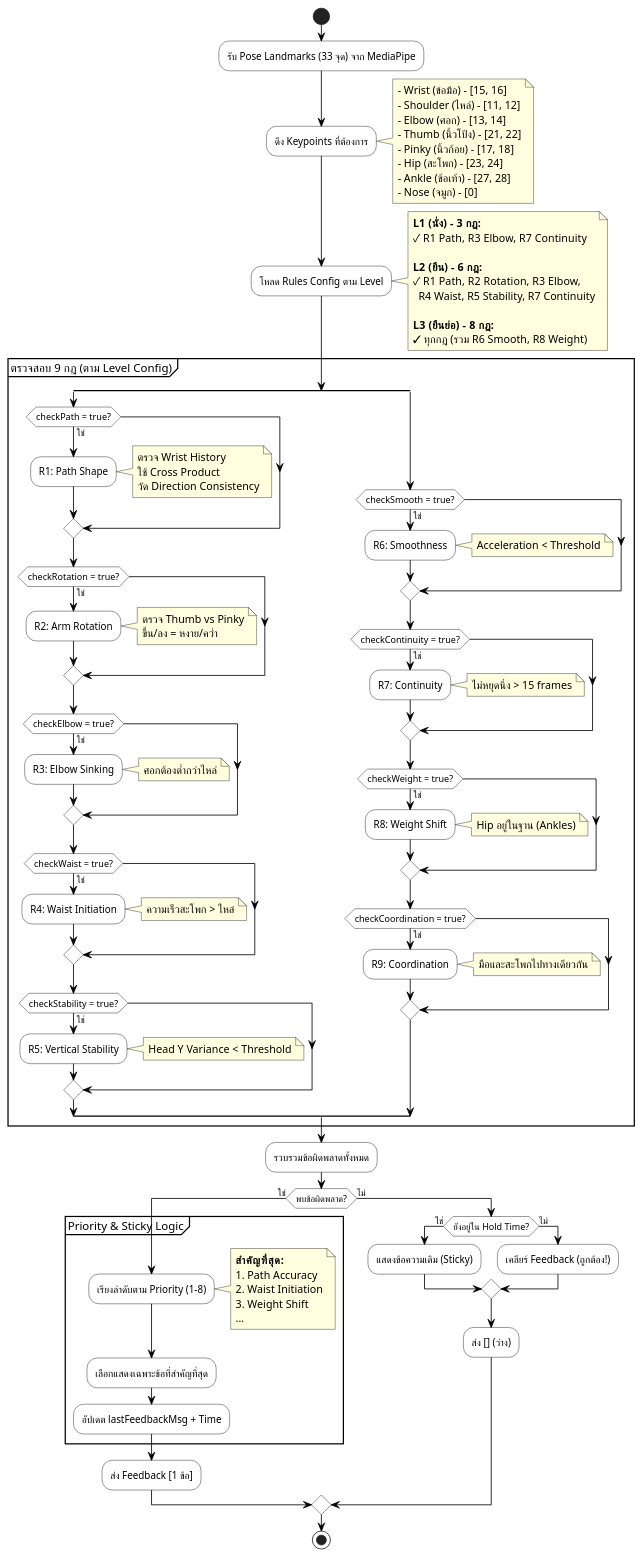
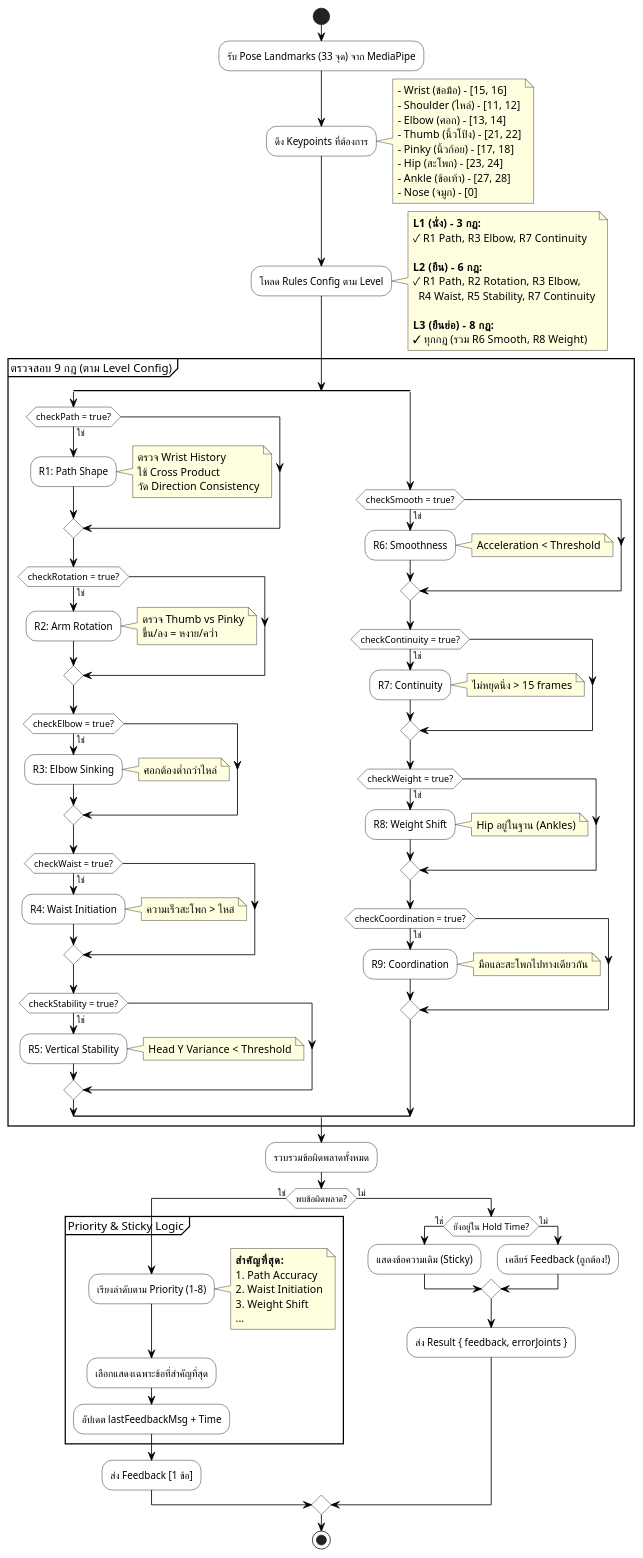
One commit to vyut/TaijiFlow changed the diagram in docs/diagrams/ActivityDiagram_Heuristics.wsd. Above: the diagram before and after it, drawn with PlantUML. The commit also changed 17 other files, not shown here.

Commit message:
Updated documents and diagrams

```diff
--- a/docs/diagrams/ActivityDiagram_Heuristics.wsd
+++ b/docs/diagrams/ActivityDiagram_Heuristics.wsd
@@ -1,150 +1,150 @@
 @startuml TaijiFlow_Activity_Diagram_Heuristics
 ' ============================================================================
 ' TaijiFlow AI - Activity Diagram: Heuristics Engine (8 Rules Analysis)
 ' ============================================================================
 ' แสดงขั้นตอนการวิเคราะห์ท่าทางตามหลักไท่จี๋ 8 ข้อ
 ' อ้างอิงจาก: heuristics_engine.js -> analyze() method
 ' ============================================================================
 
 skinparam defaultFontName "sarabun"
 skinparam activity {
     BackgroundColor White
     BorderColor Black
     ArrowColor Black
 }
 skinparam note {
     BackgroundColor LightYellow
 }
 
 start
 
 :รับ Pose Landmarks (33 จุด) จาก MediaPipe;
 
 :ดึง Keypoints ที่ต้องการ;
 note right
     - Wrist (ข้อมือ) - [15, 16]
     - Shoulder (ไหล่) - [11, 12]
     - Elbow (ศอก) - [13, 14]
     - Thumb (นิ้วโป้ง) - [21, 22]
     - Pinky (นิ้วก้อย) - [17, 18]
     - Hip (สะโพก) - [23, 24]
     - Ankle (ข้อเท้า) - [27, 28]
     - Nose (จมูก) - [0]
 end note
 
 :โหลด Rules Config ตาม Level;
 note right
     **L1 (นั่ง) - 3 กฎ:**
     ✓ R1 Path, R3 Elbow, R7 Continuity
 
     **L2 (ยืน) - 6 กฎ:**
     ✓ R1 Path, R2 Rotation, R3 Elbow,
       R4 Waist, R5 Stability, R7 Continuity
 
     **L3 (ยืนย่อ) - 8 กฎ:**
     ✓ ทุกกฎ (รวม R6 Smooth, R8 Weight)
 end note
 
 partition "ตรวจสอบ 9 กฎ (ตาม Level Config)" {
     
 split
     if (checkPath = true?) then (ใช่)
         :R1: Path Shape;
         note right
             ตรวจ Wrist History
             ใช้ Cross Product
             วัด Direction Consistency
         end note
     endif
     
     if (checkRotation = true?) then (ใช่)
         :R2: Arm Rotation;
         note right
             ตรวจ Thumb vs Pinky
             ขึ้น/ลง = หงาย/คว่ำ
         end note
     endif
     
     if (checkElbow = true?) then (ใช่)
         :R3: Elbow Sinking;
         note right
             ศอกต้องต่ำกว่าไหล่
         end note
     endif
     
     if (checkWaist = true?) then (ใช่)
         :R4: Waist Initiation;
         note right
             ความเร็วสะโพก > ไหล่
         end note
     endif
     
     if (checkStability = true?) then (ใช่)
         :R5: Vertical Stability;
         note right
             Head Y Variance < Threshold
         end note
     endif
     
 split again
     ' ========== คอลัมน์ขวา: Rules 6-9 ==========
     
     if (checkSmooth = true?) then (ใช่)
         :R6: Smoothness;
         note right
             Acceleration < Threshold
         end note
     endif
     
     if (checkContinuity = true?) then (ใช่)
         :R7: Continuity;
         note right
             ไม่หยุดนิ่ง > 15 frames
         end note
     endif
     
     if (checkWeight = true?) then (ใช่)
         :R8: Weight Shift;
         note right
             Hip อยู่ในฐาน (Ankles)
         end note
     endif
 
     if (checkCoordination = true?) then (ใช่)
         :R9: Coordination;
         note right
             มือและสะโพกไปทางเดียวกัน
         end note
     endif
 
 end split
 
 }
 
 :รวบรวมข้อผิดพลาดทั้งหมด;
 
 if (พบข้อผิดพลาด?) then (ใช่)
     partition "Priority & Sticky Logic" {
         :เรียงลำดับตาม Priority (1-8);
         note right
             **สำคัญที่สุด:**
             1. Path Accuracy
             2. Waist Initiation
             3. Weight Shift
             ...
         end note
         :เลือกแสดงเฉพาะข้อที่สำคัญที่สุด;
         :อัปเดต lastFeedbackMsg + Time;
     }
     :ส่ง Feedback [1 ข้อ];
 else (ไม่)
     if (ยังอยู่ใน Hold Time?) then (ใช่)
         :แสดงข้อความเดิม (Sticky);
     else (ไม่)
         :เคลียร์ Feedback (ถูกต้อง!);
     endif
-    :ส่ง [] (ว่าง);
+    :ส่ง Result { feedback, errorJoints };
 endif
 
 stop
 @enduml
```
